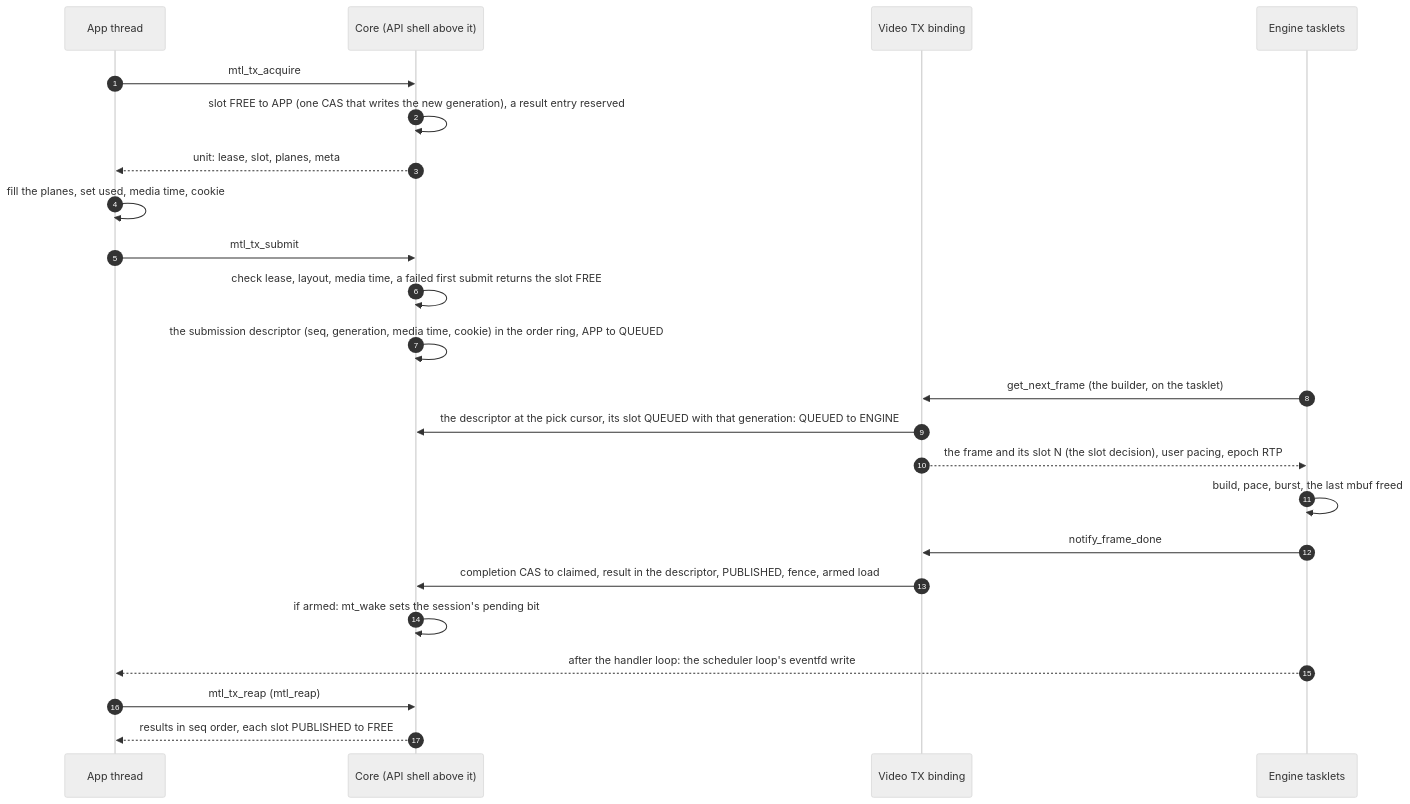
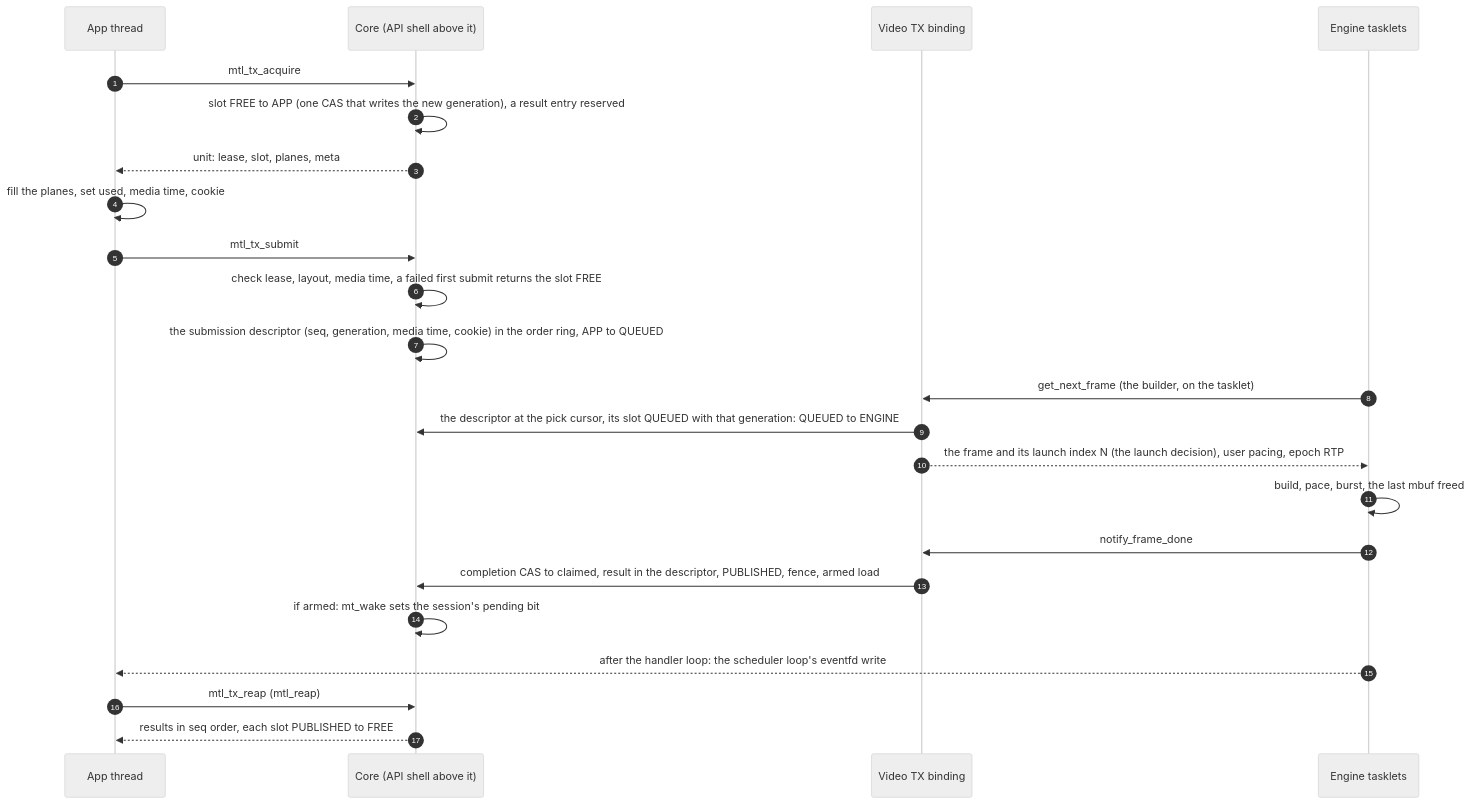
Before and after one commit to Sakoram/Media-Transport-Library: diagram 30 of 56 in doc/unified-api/diagrams.md, drawn with Mermaid (neutral theme). The commit also changed other lines of this file and 53 other files, not shown here.

````diff
--- a/doc/unified-api/diagrams.md
+++ b/doc/unified-api/diagrams.md
@@ -811,25 +812,25 @@
 ```mermaid
 sequenceDiagram
     autonumber
     participant A as App thread
     participant C as Core (API shell above it)
     participant B as Video TX binding
     participant E as Engine tasklets
     A->>C: mtl_tx_acquire
     C->>C: slot FREE to APP (one CAS that writes the new generation), a result entry reserved
     C-->>A: unit: lease, slot, planes, meta
     A->>A: fill the planes, set used, media time, cookie
     A->>C: mtl_tx_submit
     C->>C: check lease, layout, media time, a failed first submit returns the slot FREE
     C->>C: the submission descriptor (seq, generation, media time, cookie) in the order ring, APP to QUEUED
     E->>B: get_next_frame (the builder, on the tasklet)
     B->>C: the descriptor at the pick cursor, its slot QUEUED with that generation: QUEUED to ENGINE
-    B-->>E: the frame and its slot N (the slot decision), user pacing, epoch RTP
+    B-->>E: the frame and its launch index N (the launch decision), user pacing, epoch RTP
     E->>E: build, pace, burst, the last mbuf freed
     E->>B: notify_frame_done
     B->>C: completion CAS to claimed, result in the descriptor, PUBLISHED, fence, armed load
     C->>C: if armed: mt_wake sets the session's pending bit
     E-->>A: after the handler loop: the scheduler loop's eventfd write
     A->>C: mtl_tx_reap (mtl_reap)
     C-->>A: results in seq order, each slot PUBLISHED to FREE
 ```
````
